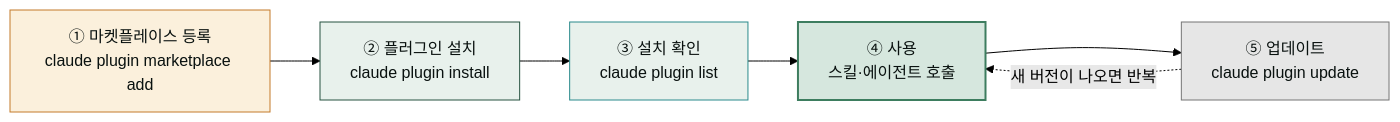
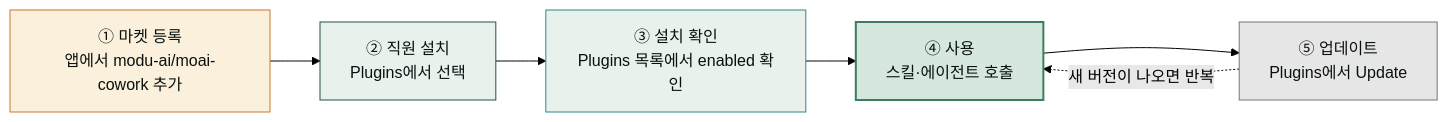
The diagram in www/content/plugins/_index.md (modu-ai/cowork-plugins), drawn with Mermaid (forest theme) before and after one commit. The commit also changed other lines of this file and 1 other file, not shown here.

````diff
--- a/www/content/plugins/_index.md
+++ b/www/content/plugins/_index.md
@@ -23,14 +22,14 @@
 ```mermaid
 flowchart LR
-   A["① 마켓플레이스 등록<br/>claude plugin marketplace add"] --> B["② 플러그인 설치<br/>claude plugin install"]
-   B --> C["③ 설치 확인<br/>claude plugin list"]
+   A["① 마켓 등록<br/>앱에서 modu-ai/moai-cowork 추가"] --> B["② 직원 설치<br/>Plugins에서 선택"]
+   B --> C["③ 설치 확인<br/>Plugins 목록에서 enabled 확인"]
    C --> D["④ 사용<br/>스킬·에이전트 호출"]
-   D --> E["⑤ 업데이트<br/>claude plugin update"]
+   D --> E["⑤ 업데이트<br/>Plugins에서 Update"]
    E -. 새 버전이 나오면 반복 .-> D
 
    style A fill:#fbf0dc,stroke:#c47b2a,color:#09110f
    style B fill:#e8f1ec,stroke:#265240,color:#09110f
    style C fill:#e8f1ec,stroke:#2a8a8c,color:#09110f
    style D fill:#d6e7de,stroke:#3d7d5f,stroke-width:2px,color:#09110f
    style E fill:#e6e6e6,stroke:#757575,color:#09110f
 ```
````
